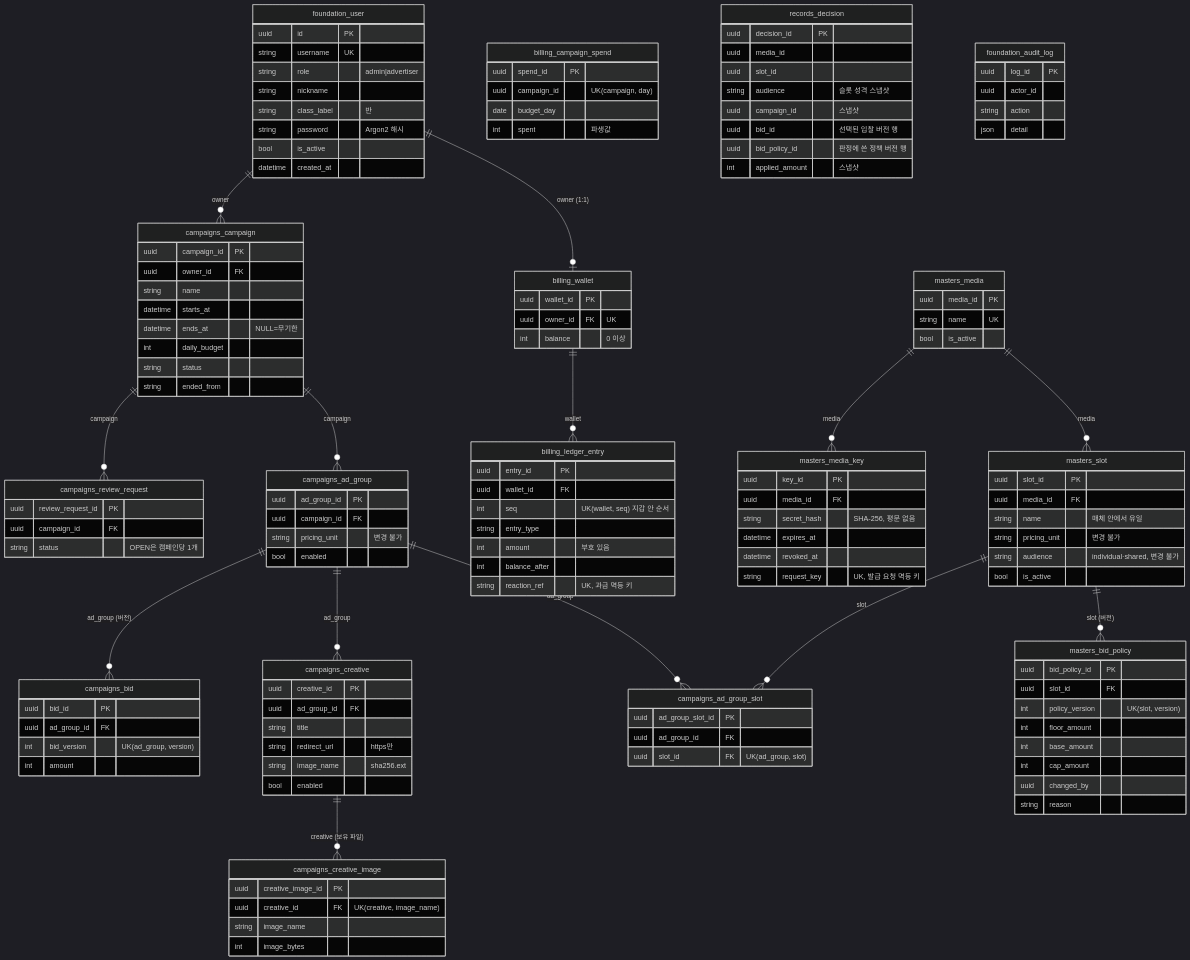
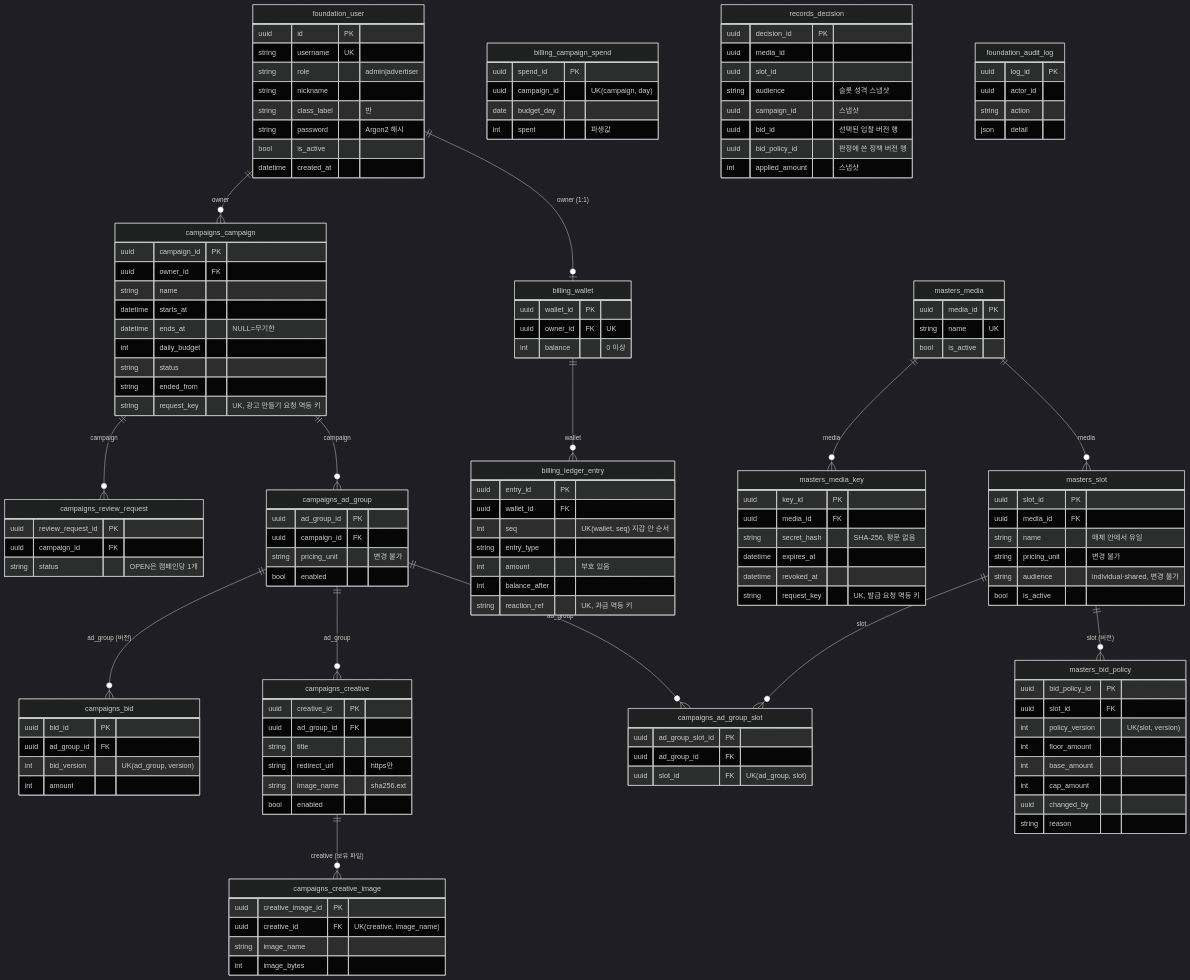
The second of 7 diagrams in docs/ads-server/ads-server-drd.md (encore-ai-campus/mlo-01-p3-team2), drawn with Mermaid (dark theme) before and after one commit. The commit also changed other lines of this file and 4 other files, not shown here.

```diff
--- a/docs/ads-server/ads-server-drd.md
+++ b/docs/ads-server/ads-server-drd.md
@@ -232,6 +232,7 @@
         int daily_budget
         string status
         string ended_from
+        string request_key "UK, 광고 만들기 요청 멱등 키"
     }
     campaigns_ad_group {
         uuid ad_group_id PK
```
